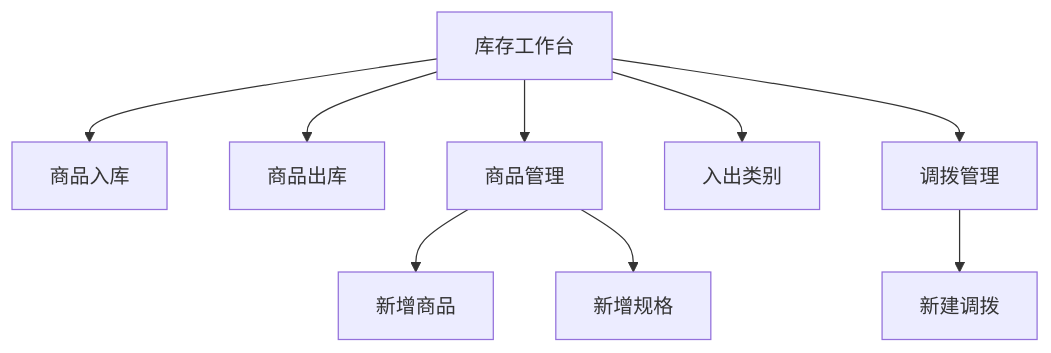
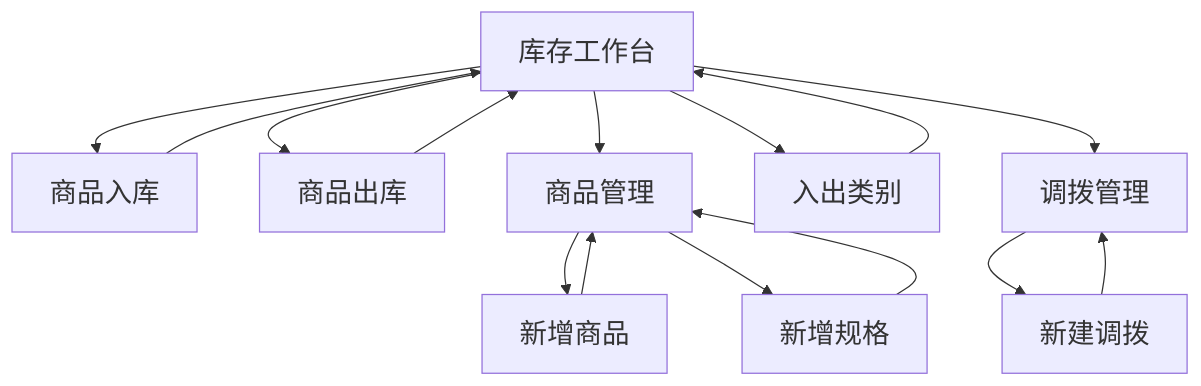
Before and after one commit to XDean-Designer/card: the tenth of 10 diagrams in RTB产品计划概览.md, drawn with Mermaid. The commit also changed other lines of this file and 2 other files, not shown here.

First line of the commit message:
Rewrite overview main-flow diagrams into readable Chinese swimlanes.

````diff
--- a/RTB产品计划概览.md
+++ b/RTB产品计划概览.md
@@ -464,12 +662,27 @@
 ```mermaid
+%%{init: {'themeVariables': {'fontSize': '22px', 'fontFamily': 'PingFang SC, Microsoft YaHei, sans-serif'}}}%%
 flowchart TD
-  hub[库存工作台]
-  hub --> tin[商品入库]
-  hub --> tout[商品出库]
-  hub --> goods[商品管理]
-  goods --> product[新增商品]
-  goods --> sku[新增规格]
-  hub --> types[入出类别]
-  hub --> tf[调拨管理]
-  tf --> tfAdd[新建调拨]
+  hub["库存工作台"]
+  tin["商品入库"]
+  tout["商品出库"]
+  goods["商品管理"]
+  product["新增商品"]
+  sku["新增规格"]
+  types["入出类别"]
+  tf["调拨管理"]
+  tfAdd["新建调拨"]
+  hub --> tin
+  hub --> tout
+  hub --> goods
+  goods --> product
+  product --> goods
+  goods --> sku
+  sku --> goods
+  hub --> types
+  types --> hub
+  hub --> tf
+  tf --> tfAdd
+  tfAdd --> tf
+  tin --> hub
+  tout --> hub
 ```
````
